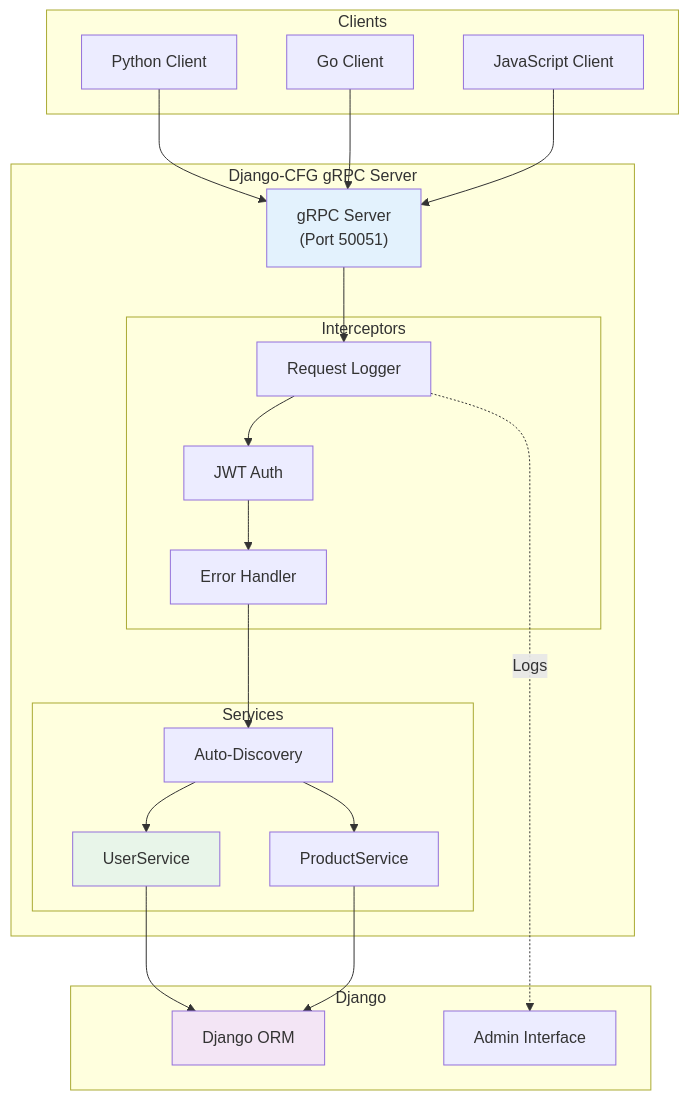
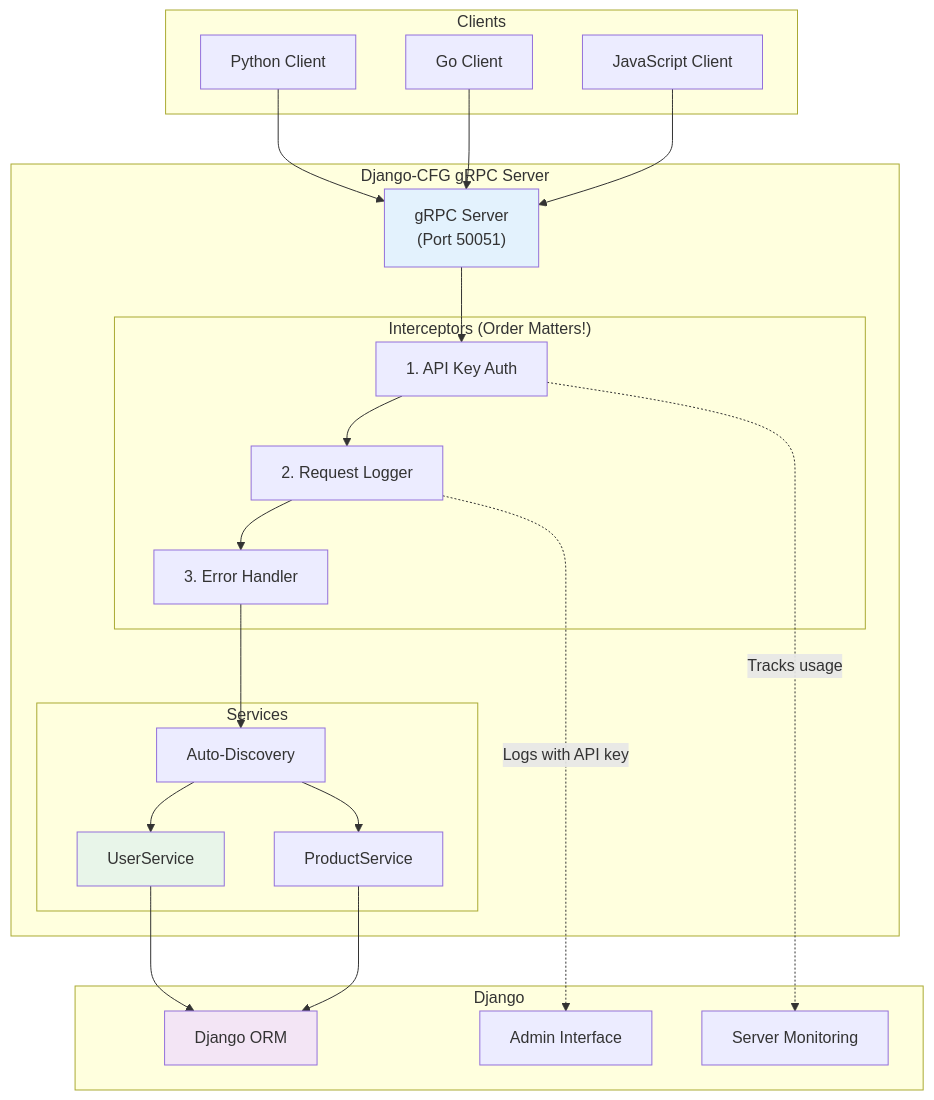
Before and after one commit to markolofsen/django-cfg: the first of 5 diagrams in docs/features/integrations/grpc/index.md, drawn with Mermaid. The commit also changed other lines of this file and 106 other files, not shown here.

First line of the commit message:
feat(grpc): add API key authentication and server monitoring

````diff
--- a/docs/features/integrations/grpc/index.md
+++ b/docs/features/integrations/grpc/index.md
@@ -98,45 +100,47 @@
 ```mermaid
 graph TB
     subgraph "Clients"
         Python["Python Client"]
         Go["Go Client"]
         JS["JavaScript Client"]
     end
 
     subgraph "Django-CFG gRPC Server"
         Server["gRPC Server<br/>(Port 50051)"]
 
-        subgraph "Interceptors"
-            Logger["Request Logger"]
-            Auth["JWT Auth"]
-            Error["Error Handler"]
+        subgraph "Interceptors (Order Matters!)"
+            ApiKeyAuth["1. API Key Auth"]
+            Logger["2. Request Logger"]
+            Error["3. Error Handler"]
         end
 
         subgraph "Services"
             Auto["Auto-Discovery"]
             User["UserService"]
             Product["ProductService"]
         end
     end
 
     subgraph "Django"
         ORM["Django ORM"]
         Admin["Admin Interface"]
+        Monitoring["Server Monitoring"]
     end
 
     Python --> Server
     Go --> Server
     JS --> Server
 
-    Server --> Logger --> Auth --> Error
+    Server --> ApiKeyAuth --> Logger --> Error
     Error --> Auto --> User
     Auto --> Product
 
     User --> ORM
     Product --> ORM
-    Logger -.->|Logs| Admin
+    Logger -.->|Logs with API key| Admin
+    ApiKeyAuth -.->|Tracks usage| Monitoring
 
     style Server fill:#e3f2fd
     style User fill:#e8f5e9
     style ORM fill:#f3e5f5
 ```
````
